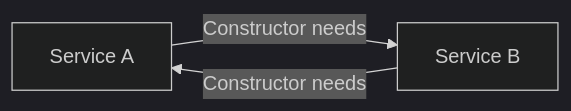
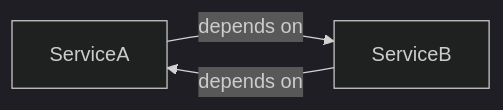
Diagram 13 of 26 in 06-Java-and-Spring-Boot/Spring Boot Interview Guide.md (rohithgowda18/Notes), drawn with Mermaid (dark theme) before and after one commit. The commit also changed other lines of this file and 13 other files, not shown here.

Commit message:
docs: upgrade Spring Boot study guides to Spring Boot 3+, Spring 6, Security 6, Jakarta, and add architecture diagrams

````diff
--- a/06-Java-and-Spring-Boot/Spring Boot Interview Guide.md
+++ b/06-Java-and-Spring-Boot/Spring Boot Interview Guide.md
@@ -948,5 +1033,5 @@
 ```mermaid
 flowchart LR
-    A["Service A"] -->|Constructor needs| B["Service B"]
-    B -->|Constructor needs| A
+    A["ServiceA"] -->|"depends on"| B["ServiceB"]
+    B -->|"depends on"| A
 ```
````
